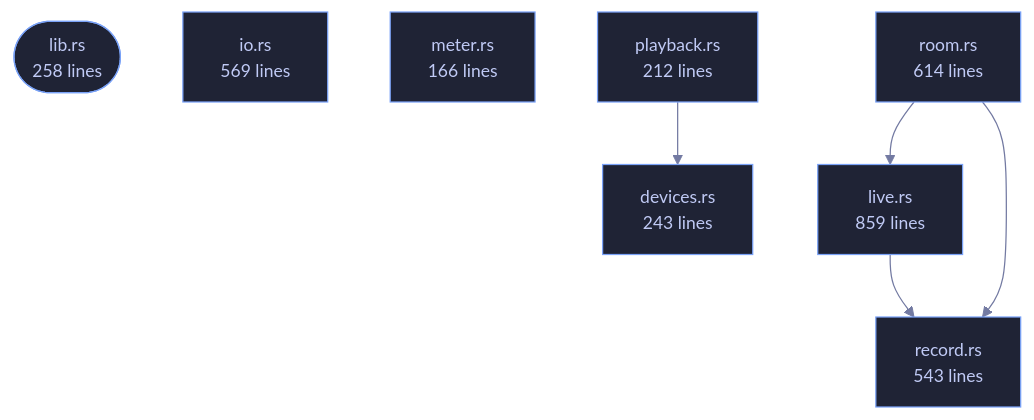
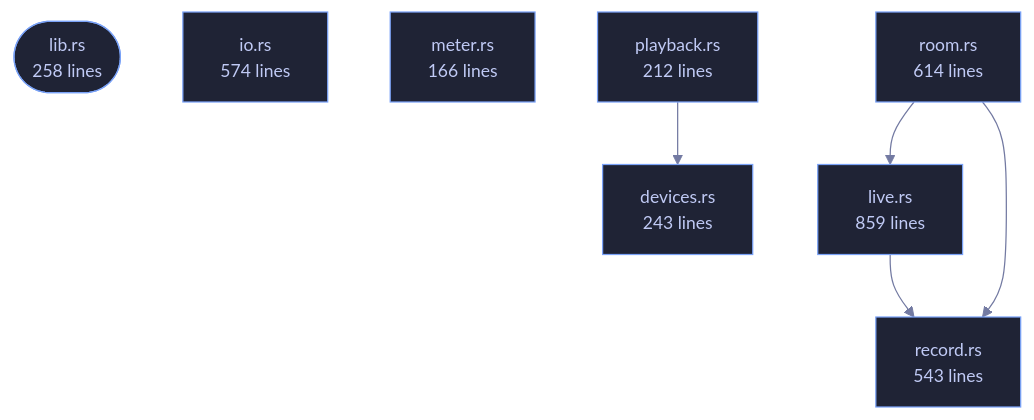
Before and after one commit to tilas01/veilvoice: the diagram in crates/veilvoice-audio/README.md, drawn with Mermaid. The commit also changed other lines of this file and 137 other files, not shown here.

````diff
--- a/crates/veilvoice-audio/README.md
+++ b/crates/veilvoice-audio/README.md
@@ -80,24 +80,24 @@
 ```mermaid
 %%{init: {"theme":"base","themeVariables":{"background":"#1a1b26","primaryColor":"#1f2335","primaryTextColor":"#c0caf5","primaryBorderColor":"#7aa2f7","secondaryColor":"#16161e","tertiaryColor":"#16161e","lineColor":"#737aa2","textColor":"#c0caf5","mainBkg":"#1f2335","nodeBorder":"#7aa2f7","clusterBkg":"#16161e","clusterBorder":"#2f3549","fontFamily":"ui-monospace, SFMono-Regular, Consolas, monospace","fontSize":"14px"}}}%%
 flowchart TD
     n_lib(["lib.rs<br/>258 lines"])
     n_devices["devices.rs<br/>243 lines"]
-    n_io["io.rs<br/>569 lines"]
+    n_io["io.rs<br/>574 lines"]
     n_live["live.rs<br/>859 lines"]
     n_meter["meter.rs<br/>166 lines"]
     n_playback["playback.rs<br/>212 lines"]
     n_record["record.rs<br/>543 lines"]
     n_room["room.rs<br/>614 lines"]
     n_live --> n_record
     n_playback --> n_devices
     n_room --> n_live
     n_room --> n_record
     click n_lib href "https://github.com/tilas01/veilvoice/blob/main/crates/veilvoice-audio/src/lib.rs" "open the source"
     click n_devices href "https://github.com/tilas01/veilvoice/blob/main/crates/veilvoice-audio/src/devices.rs" "open the source"
     click n_io href "https://github.com/tilas01/veilvoice/blob/main/crates/veilvoice-audio/src/io.rs" "open the source"
     click n_live href "https://github.com/tilas01/veilvoice/blob/main/crates/veilvoice-audio/src/live.rs" "open the source"
     click n_meter href "https://github.com/tilas01/veilvoice/blob/main/crates/veilvoice-audio/src/meter.rs" "open the source"
     click n_playback href "https://github.com/tilas01/veilvoice/blob/main/crates/veilvoice-audio/src/playback.rs" "open the source"
     click n_record href "https://github.com/tilas01/veilvoice/blob/main/crates/veilvoice-audio/src/record.rs" "open the source"
     click n_room href "https://github.com/tilas01/veilvoice/blob/main/crates/veilvoice-audio/src/room.rs" "open the source"
 ```
````
